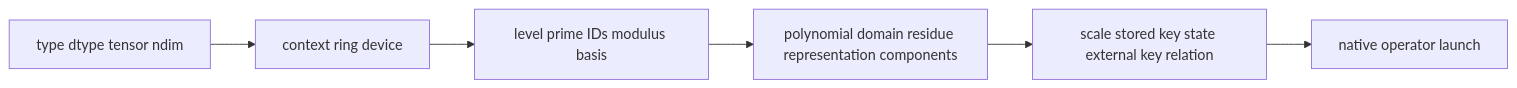
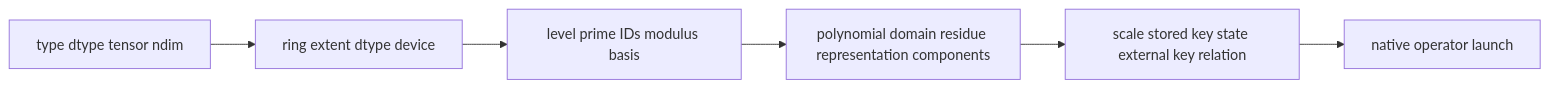
One commit to visualDust/fhelium changed the third of 3 diagrams in docs/concepts/ckks/value-model-and-identity.md. Above: the diagram before and after it, drawn with Mermaid. The commit also changed other lines of this file and 612 other files, not shown here.

Commit message:
Introduce several architecture changes and support Windows native build

````diff
--- a/docs/concepts/ckks/value-model-and-identity.md
+++ b/docs/concepts/ckks/value-model-and-identity.md
@@ -193,10 +177,10 @@
 ```mermaid
 graph LR
     A[type dtype tensor ndim]
-    B[context ring device]
+    B[ring extent dtype device]
     C[level prime IDs modulus basis]
     D[polynomial domain residue representation components]
     E[scale stored key state external key relation]
     K[native operator launch]
     A --> B --> C --> D --> E --> K
 ```
````
